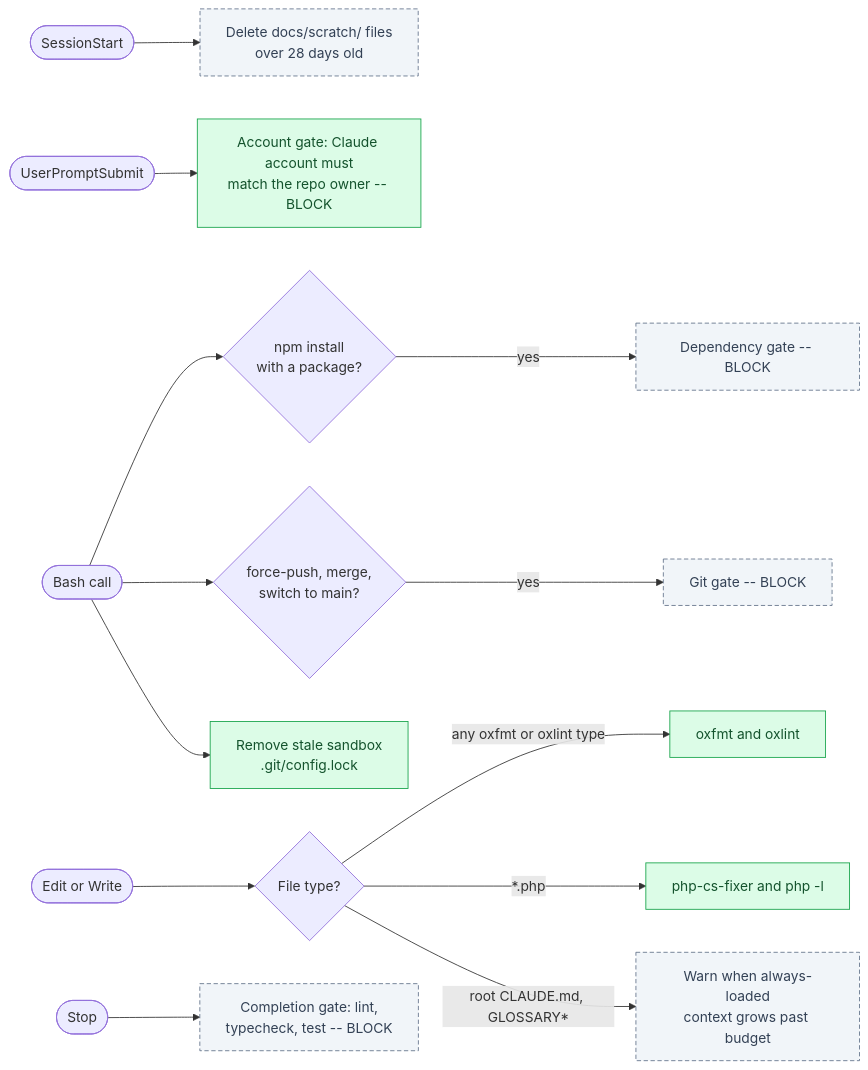
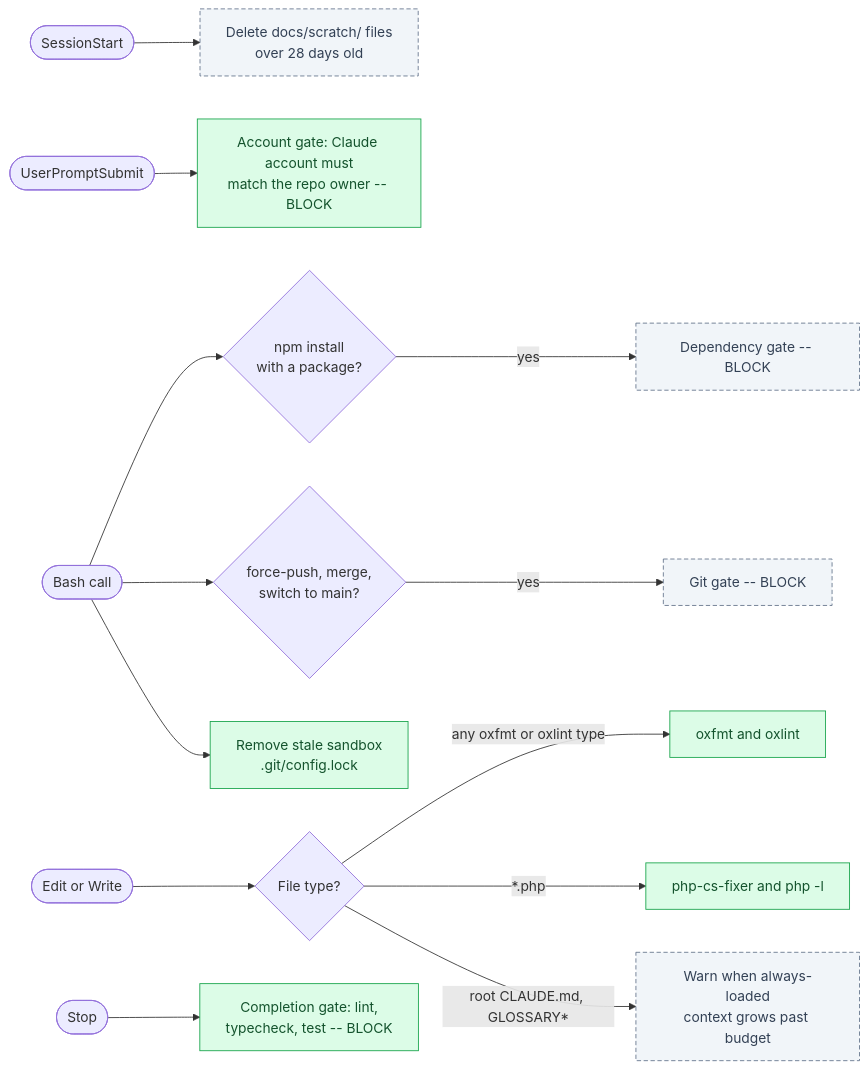
The third of 3 diagrams in README.md (tforster/agents0), drawn with Mermaid before and after one commit. The commit also changed 7 other files, not shown here.

First line of the commit message:
Completion gate hook (Re: AGEN-17) (#14)

````diff
--- a/README.md
+++ b/README.md
@@ -115,18 +115,18 @@
 ```mermaid
 flowchart LR
   sessionStart(["SessionStart"]) --> retention["Delete docs/scratch/ files<br/>over 28 days old"]:::planned
   prompt(["UserPromptSubmit"]) --> account["Account gate: Claude account must<br/>match the repo owner -- BLOCK"]:::exists
   bash(["Bash call"]) --> install{"npm install<br/>with a package?"}
   install -- yes --> depGate["Dependency gate -- BLOCK"]:::planned
   bash --> git{"force-push, merge,<br/>switch to main?"}
   git -- yes --> gitGate["Git gate -- BLOCK"]:::planned
   bash --> configLock["Remove stale sandbox<br/>.git/config.lock"]:::exists
   edit(["Edit or Write"]) --> fileType{"File type?"}
   fileType -- "any oxfmt or oxlint type" --> oxLint["oxfmt and oxlint"]:::exists
   fileType -- "*.php" --> phpLint["php-cs-fixer and php -l"]:::exists
   fileType -- "root CLAUDE.md, GLOSSARY*" --> budget["Warn when always-loaded<br/>context grows past budget"]:::planned
-  stop(["Stop"]) --> completion["Completion gate: lint,<br/>typecheck, test -- BLOCK"]:::planned
+  stop(["Stop"]) --> completion["Completion gate: lint,<br/>typecheck, test -- BLOCK"]:::exists
 
   classDef exists fill:#dcfce7,stroke:#16a34a,color:#14532d
   classDef planned fill:#f1f5f9,stroke:#64748b,color:#334155,stroke-dasharray:5 3
 ```
````
